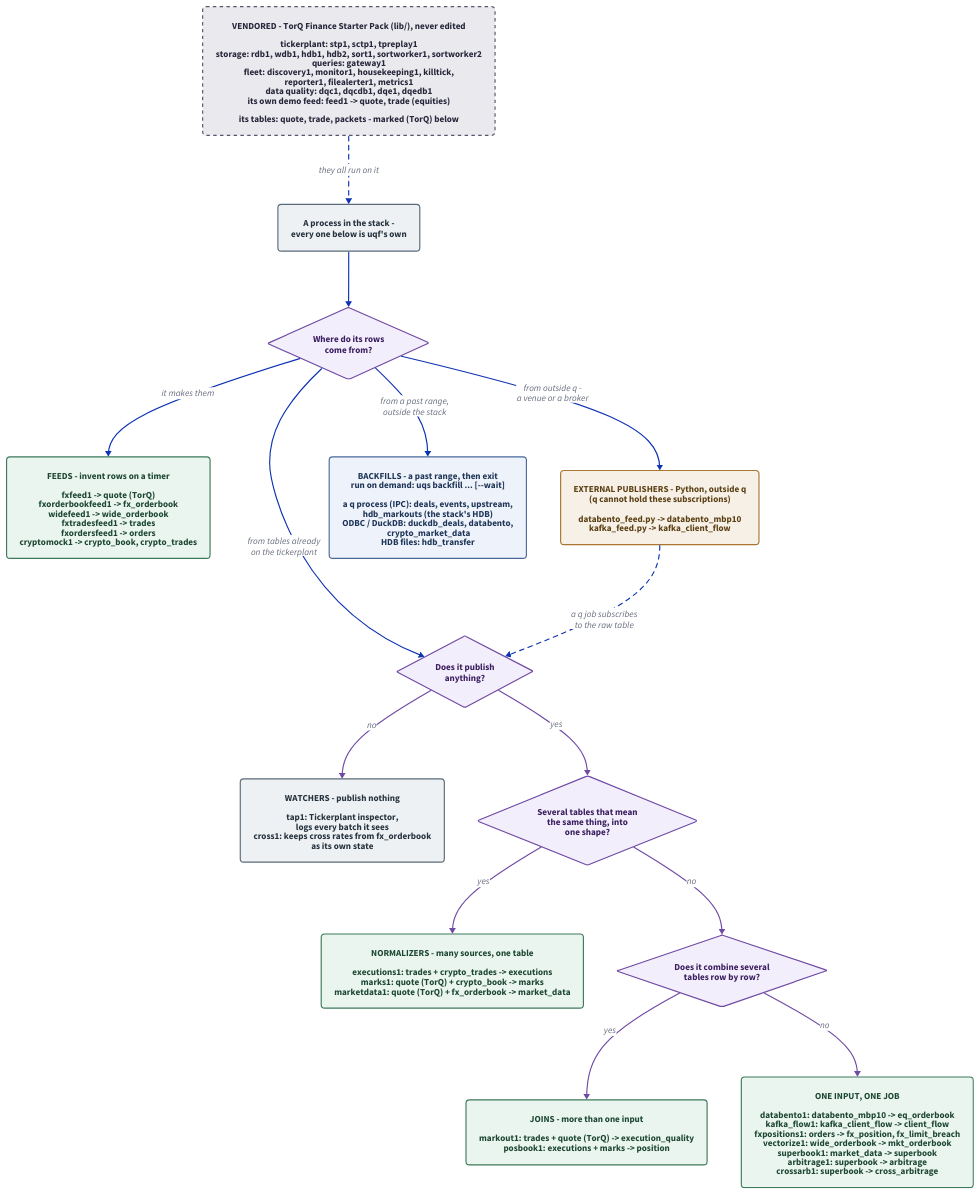
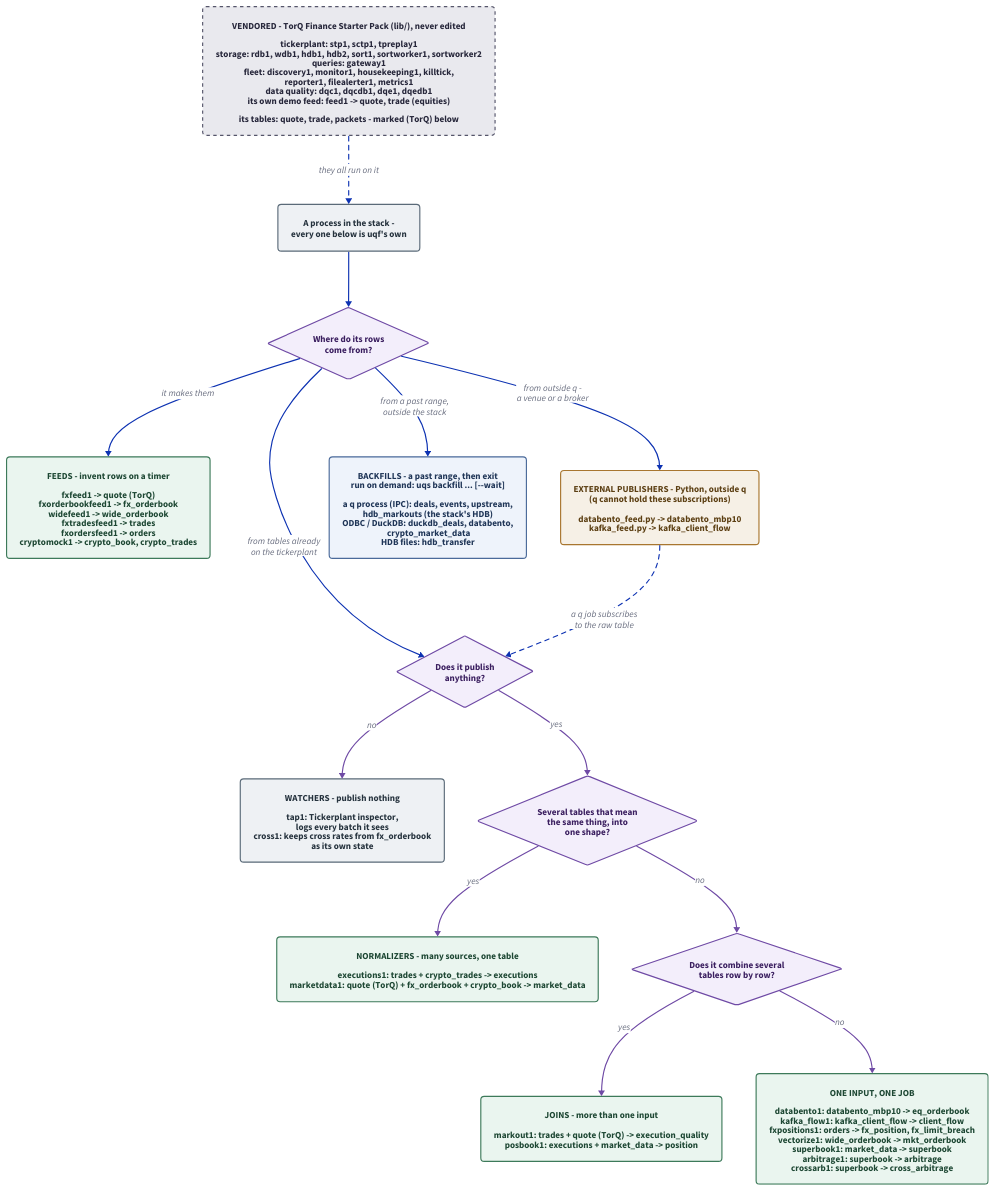
One commit to kwojdalski/uqf changed the diagram in docs/diagrams/services-showcase.d2. Above: the diagram before and after it, drawn with D2. The commit also changed 36 other files, not shown here.

```diff
--- a/docs/diagrams/services-showcase.d2
+++ b/docs/diagrams/services-showcase.d2
@@ -1,125 +1,125 @@
 # services-showcase.d2 - how the stack's processes differ, as a decision tree.
 #
 # Rendered by scripts/generate/render_diagrams.py, which CI runs with
 # --check. Embedded from docs/services/README.md.
 #
 # WHAT THIS DIAGRAM IS FOR. The showcase lists every process; this sorts them
 # by the two things that tell them apart: where their rows come from, and what
 # they do with the tables they read. Each leaf names its processes with the
 # tables they read and write, as the generated process table has them
 # (docs/reference/processes.md) - so it can be checked, not just believed.
 #
 # The Databento and Kafka processes are the easy ones to misread: the
 # PUBLISHER is a Python handler outside q (a q process cannot hold either
 # subscription), and databento1 / kafka_flow1 are ordinary subscribers to the
 # raw table it publishes. The drawing routes them through "from outside q"
 # and back into the subscriber questions for that reason.
 #
 # VENDORED vs OURS. Every process in the tree is uqf's own; the dashed box on
 # top is the TorQ Finance Starter Pack they run on (lib/, never edited) - its
 # 23 processes, as docs/reference/processes.md lists them, and its three
 # tables. A vendored table in a leaf is marked (TorQ): today that is `quote`,
 # which fxfeed1 writes beside TorQ's own feed1.
 
 direction: down
 
 vars: {
   d2-config: {
     pad: 40
   }
 }
 
 classes: {
   question: {
     shape: diamond
     style: {
       fill: "#f3eefb"
       stroke: "#6f4aa5"
       font-color: "#3a1e5f"
     }
   }
   group: {
     style: {
       fill: "#eaf5ef"
       stroke: "#3d7a5a"
       font-color: "#1d4733"
       border-radius: 6
     }
   }
   external: {
     style: {
       fill: "#f6f0e6"
       stroke: "#a8762f"
       font-color: "#5c3f13"
       border-radius: 6
     }
   }
   bounded: {
     style: {
       fill: "#eef3fb"
       stroke: "#4a6a9a"
       font-color: "#1f3557"
       border-radius: 6
     }
   }
   vendored: {
     style: {
       fill: "#e9e9ee"
       stroke: "#55556a"
       font-color: "#26263a"
       border-radius: 6
       stroke-dash: 3
     }
   }
   quiet: {
     style: {
       fill: "#eef1f4"
       stroke: "#5a6a78"
       font-color: "#25323d"
       border-radius: 6
     }
   }
 }
 
 vendored: "VENDORED - TorQ Finance Starter Pack (lib/), never edited\n\ntickerplant: stp1, sctp1, tpreplay1\nstorage: rdb1, wdb1, hdb1, hdb2, sort1, sortworker1, sortworker2\nqueries: gateway1\nfleet: discovery1, monitor1, housekeeping1, killtick,\nreporter1, filealerter1, metrics1\ndata quality: dqc1, dqcdb1, dqe1, dqedb1\nits own demo feed: feed1 -> quote, trade (equities)\n\nits tables: quote, trade, packets - marked (TorQ) below" { class: vendored }
 
 start: "A process in the stack -\nevery one below is uqf's own" { class: quiet }
 
 vendored -> start: "they all run on it" { style.stroke-dash: 4 }
 
 q_source: "Where do its rows\ncome from?" { class: question }
 
 feeds: "FEEDS - invent rows on a timer\n\nfxfeed1 -> quote (TorQ)\nfxorderbookfeed1 -> fx_orderbook\nwidefeed1 -> wide_orderbook\nfxtradesfeed1 -> trades\nfxordersfeed1 -> orders\ncryptomock1 -> crypto_book, crypto_trades" { class: group }
 
 external: "EXTERNAL PUBLISHERS - Python, outside q\n(q cannot hold these subscriptions)\n\ndatabento_feed.py -> databento_mbp10\nkafka_feed.py -> kafka_client_flow" { class: external }
 
 backfills: "BACKFILLS - a past range, then exit\nrun on demand: uqs backfill ... [--wait]\n\na q process (IPC): deals, events, upstream,\nhdb_markouts (the stack's HDB)\nODBC / DuckDB: duckdb_deals, databento,\n crypto_market_data\nHDB files: hdb_transfer" { class: bounded }
 
 q_publish: "Does it publish\nanything?" { class: question }
 
 quiet_leaves: "WATCHERS - publish nothing\n\ntap1: Tickerplant inspector,\nlogs every batch it sees\ncross1: keeps cross rates from fx_orderbook\nas its own state" { class: quiet }
 
 q_same: "Several tables that mean\nthe same thing, into\none shape?" { class: question }
 
-normalizers: "NORMALIZERS - many sources, one table\n\nexecutions1: trades + crypto_trades -> executions\nmarks1: quote (TorQ) + crypto_book -> marks\nmarketdata1: quote (TorQ) + fx_orderbook -> market_data" { class: group }
+normalizers: "NORMALIZERS - many sources, one table\n\nexecutions1: trades + crypto_trades -> executions\nmarketdata1: quote (TorQ) + fx_orderbook + crypto_book -> market_data" { class: group }
 
 q_join: "Does it combine several\ntables row by row?" { class: question }
 
-joins: "JOINS - more than one input\n\nmarkout1: trades + quote (TorQ) -> execution_quality\nposbook1: executions + marks -> position" { class: group }
+joins: "JOINS - more than one input\n\nmarkout1: trades + quote (TorQ) -> execution_quality\nposbook1: executions + market_data -> position" { class: group }
 
 single: "ONE INPUT, ONE JOB\n\ndatabento1: databento_mbp10 -> eq_orderbook\nkafka_flow1: kafka_client_flow -> client_flow\nfxpositions1: orders -> fx_position, fx_limit_breach\nvectorize1: wide_orderbook -> mkt_orderbook\nsuperbook1: market_data -> superbook\narbitrage1: superbook -> arbitrage\ncrossarb1: superbook -> cross_arbitrage" { class: group }
 
 start -> q_source
 q_source -> feeds: "it makes them"
 q_source -> external: "from outside q -\na venue or a broker"
 q_source -> q_publish: "from tables already\non the tickerplant"
 q_source -> backfills: "from a past range,\noutside the stack"
 
 external -> q_publish: "a q job subscribes\nto the raw table" { style.stroke-dash: 4 }
 
 q_publish -> quiet_leaves: "no" { style.stroke: "#6f4aa5" }
 q_publish -> q_same: "yes" { style.stroke: "#6f4aa5" }
 q_same -> normalizers: "yes" { style.stroke: "#6f4aa5" }
 q_same -> q_join: "no" { style.stroke: "#6f4aa5" }
 q_join -> joins: "yes" { style.stroke: "#6f4aa5" }
 q_join -> single: "no" { style.stroke: "#6f4aa5" }
```
